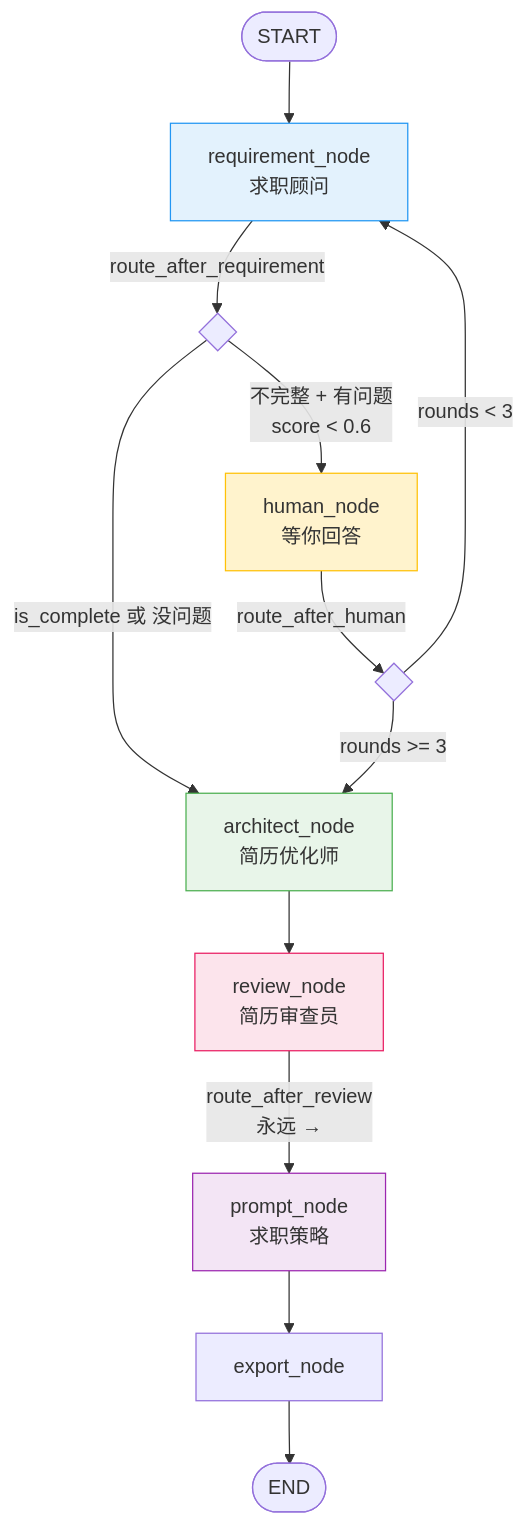
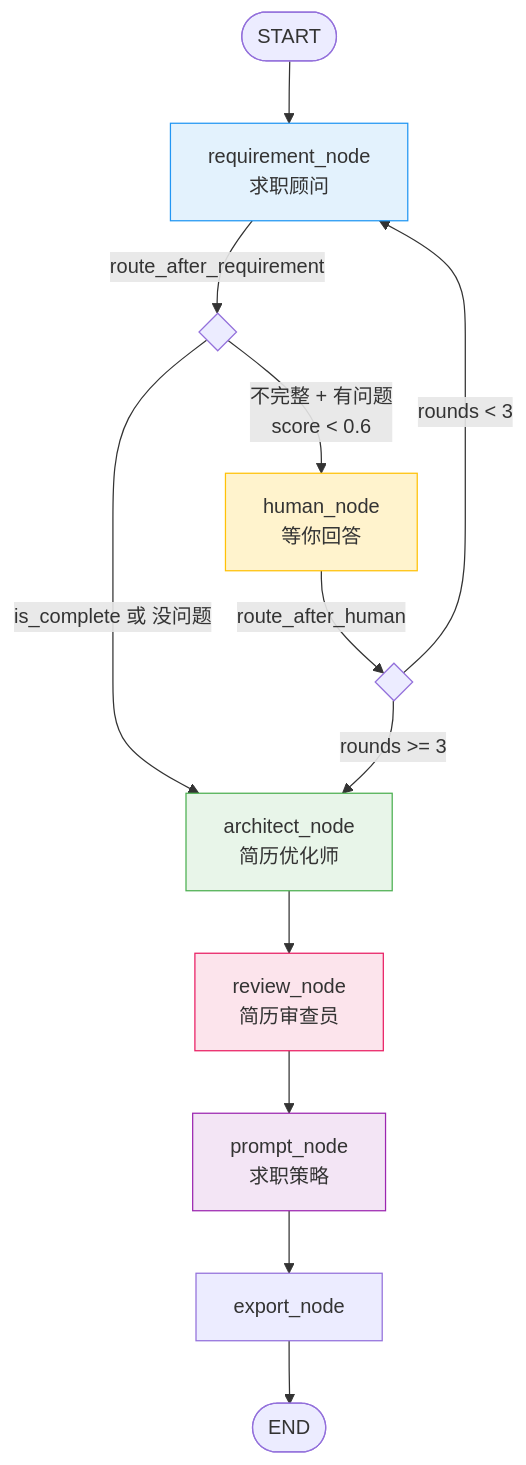
Before and after one commit to lqblqb123/CareerCraft-LangGraph-Agent-: the diagram in README.md, drawn with Mermaid. The commit also changed other lines of this file, not shown here.

````diff
--- a/README.md
+++ b/README.md
@@ -32,21 +33,21 @@
 ```mermaid
 flowchart TD
     START([START]) --> RQ[requirement_node<br/>求职顾问]
     RQ --> |"route_after_requirement"| ROUTER1{ }
     ROUTER1 -->|"is_complete 或 没问题"| ARCH[architect_node<br/>简历优化师]
     ROUTER1 -->|"不完整 + 有问题<br/>score < 0.6"| HUMAN[human_node<br/>等你回答]
     HUMAN --> |"route_after_human"| ROUTER2{ }
     ROUTER2 -->|"rounds < 3"| RQ
     ROUTER2 -->|"rounds >= 3"| ARCH
 
     ARCH --> REVIEW[review_node<br/>简历审查员]
-    REVIEW -->|"route_after_review<br/>永远 →"| PROMPT[prompt_node<br/>求职策略]
+    REVIEW --> PROMPT[prompt_node<br/>求职策略]
     PROMPT --> EXPORT[export_node]
     EXPORT --> END([END])
 
     style HUMAN fill:#fff3cd,stroke:#ffc107
     style RQ fill:#e3f2fd,stroke:#2196f3
     style ARCH fill:#e8f5e9,stroke:#4caf50
     style REVIEW fill:#fce4ec,stroke:#e91e63
     style PROMPT fill:#f3e5f5,stroke:#9c27b0
 ```
````
